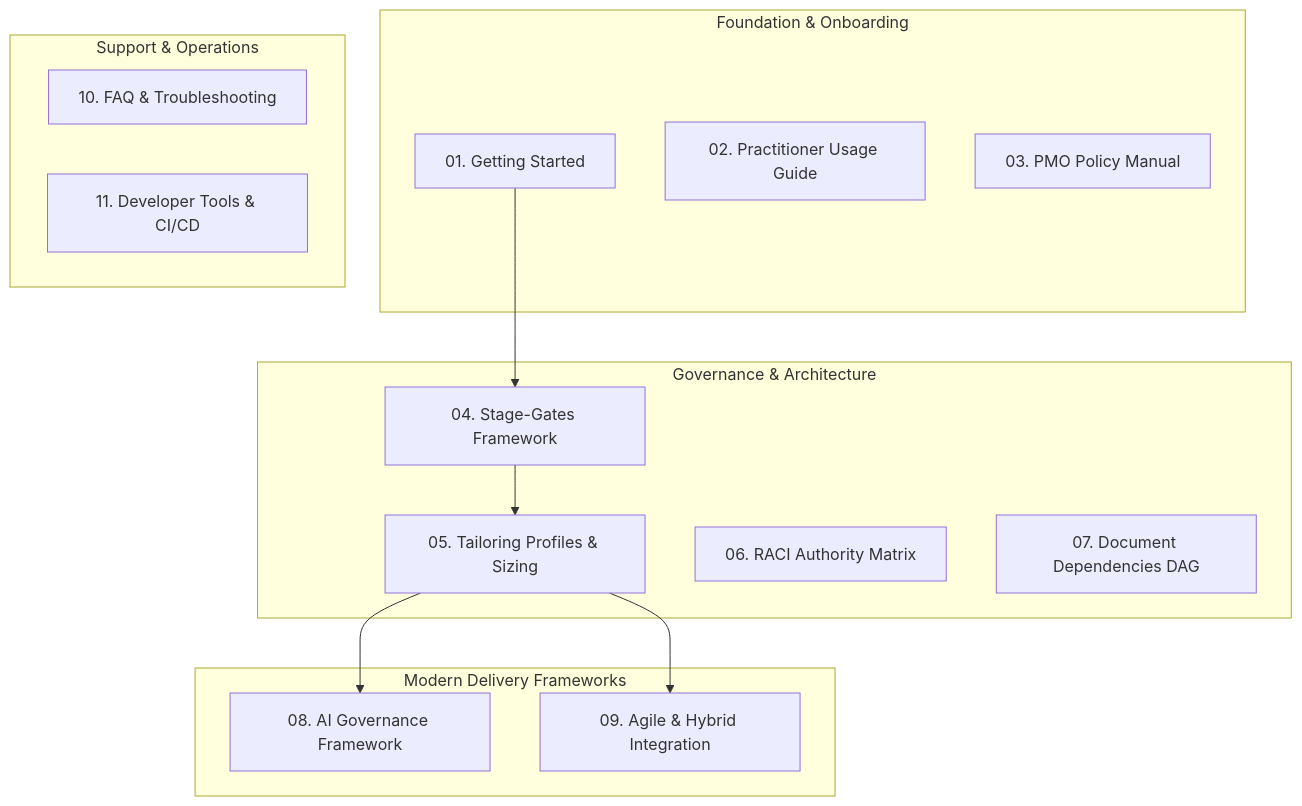
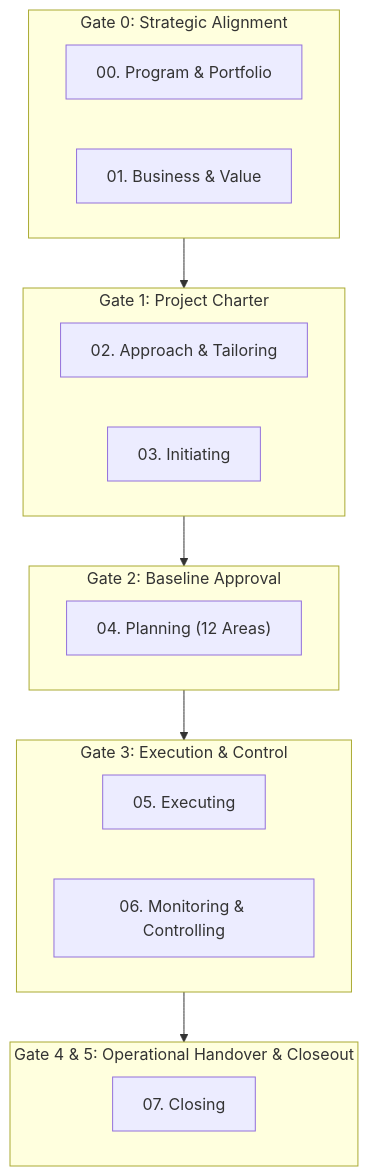
One commit to fakhruldeen/Tasleemat changed the diagram in docs/index.md. Above: the diagram before and after it, drawn with Mermaid. The commit also changed other lines of this file and 672 other files, not shown here.

````diff
--- a/docs/index.md
+++ b/docs/index.md
@@ -15,30 +50,27 @@
 ```mermaid
 flowchart TD
-    subgraph "Foundation & Onboarding"
-        D1["01. Getting Started"]
-        D2["02. Practitioner Usage Guide"]
-        D3["03. PMO Policy Manual"]
+    subgraph G0["Gate 0: Strategic Alignment"]
+        P00["00. Program & Portfolio"]
+        P01["01. Business & Value"]
     end
 
-    subgraph "Governance & Architecture"
-        D4["04. Stage-Gates Framework"]
-        D5["05. Tailoring Profiles & Sizing"]
-        D6["06. RACI Authority Matrix"]
-        D7["07. Document Dependencies DAG"]
+    subgraph G1["Gate 1: Project Charter"]
+        P02["02. Approach & Tailoring"]
+        P03["03. Initiating"]
     end
 
-    subgraph "Modern Delivery Frameworks"
-        D8["08. AI Governance Framework"]
-        D9["09. Agile & Hybrid Integration"]
+    subgraph G2["Gate 2: Baseline Approval"]
+        P04["04. Planning (12 Areas)"]
     end
 
-    subgraph "Support & Operations"
-        D10["10. FAQ & Troubleshooting"]
-        D11["11. Developer Tools & CI/CD"]
+    subgraph G3["Gate 3: Execution & Control"]
+        P05["05. Executing"]
+        P06["06. Monitoring & Controlling"]
     end
 
-    D1 --> D4
-    D4 --> D5
-    D5 --> D8
-    D5 --> D9
+    subgraph G4["Gate 4 & 5: Operational Handover & Closeout"]
+        P07["07. Closing"]
+    end
+
+    G0 --> G1 --> G2 --> G3 --> G4
 ```
````
